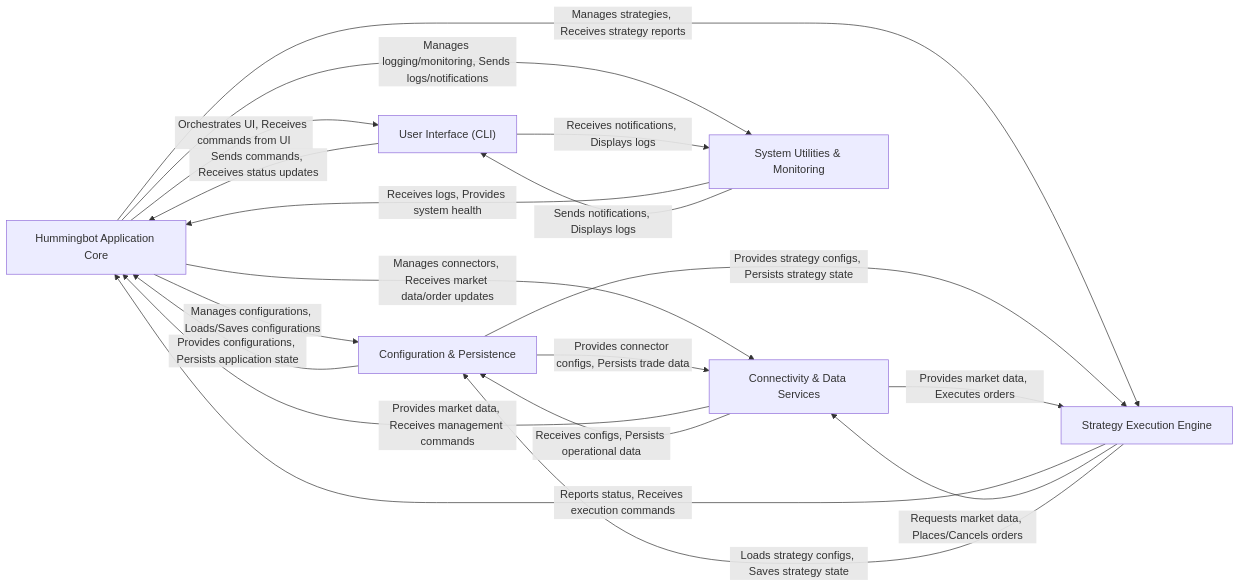
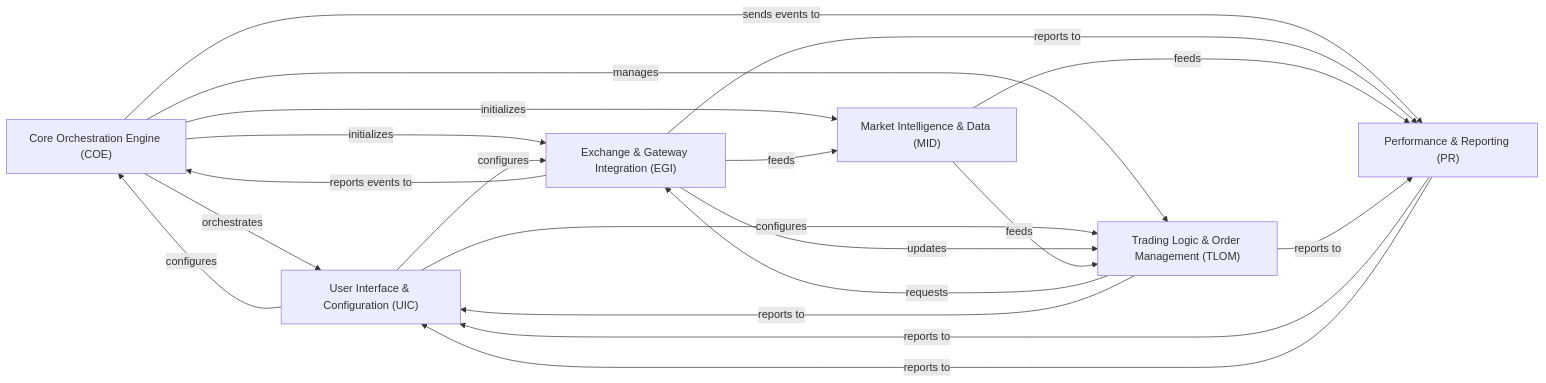
Before and after one commit to CodeBoarding/GeneratedOnBoardings: the diagram in hummingbot/on_boarding.md, drawn with Mermaid. The commit also changed other lines of this file and 10 other files, not shown here.

````diff
--- a/hummingbot/on_boarding.md
+++ b/hummingbot/on_boarding.md
@@ -1,33 +1,32 @@
 ```mermaid
 graph LR
-    Hummingbot_Application_Core["Hummingbot Application Core"]
-    User_Interface_CLI_["User Interface (CLI)"]
-    Configuration_Persistence["Configuration & Persistence"]
-    Connectivity_Data_Services["Connectivity & Data Services"]
-    Strategy_Execution_Engine["Strategy Execution Engine"]
-    System_Utilities_Monitoring["System Utilities & Monitoring"]
-    Hummingbot_Application_Core -- "Orchestrates UI, Receives commands from UI" --> User_Interface_CLI_
-    Hummingbot_Application_Core -- "Manages configurations, Loads/Saves configurations" --> Configuration_Persistence
-    Hummingbot_Application_Core -- "Manages connectors, Receives market data/order updates" --> Connectivity_Data_Services
-    Hummingbot_Application_Core -- "Manages strategies, Receives strategy reports" --> Strategy_Execution_Engine
-    Hummingbot_Application_Core -- "Manages logging/monitoring, Sends logs/notifications" --> System_Utilities_Monitoring
-    User_Interface_CLI_ -- "Sends commands, Receives status updates" --> Hummingbot_Application_Core
-    User_Interface_CLI_ -- "Receives notifications, Displays logs" --> System_Utilities_Monitoring
-    Configuration_Persistence -- "Provides configurations, Persists application state" --> Hummingbot_Application_Core
-    Configuration_Persistence -- "Provides connector configs, Persists trade data" --> Connectivity_Data_Services
-    Configuration_Persistence -- "Provides strategy configs, Persists strategy state" --> Strategy_Execution_Engine
-    Connectivity_Data_Services -- "Provides market data, Receives management commands" --> Hummingbot_Application_Core
-    Connectivity_Data_Services -- "Provides market data, Executes orders" --> Strategy_Execution_Engine
-    Connectivity_Data_Services -- "Receives configs, Persists operational data" --> Configuration_Persistence
-    Strategy_Execution_Engine -- "Reports status, Receives execution commands" --> Hummingbot_Application_Core
-    Strategy_Execution_Engine -- "Requests market data, Places/Cancels orders" --> Connectivity_Data_Services
-    Strategy_Execution_Engine -- "Loads strategy configs, Saves strategy state" --> Configuration_Persistence
-    System_Utilities_Monitoring -- "Receives logs, Provides system health" --> Hummingbot_Application_Core
-    System_Utilities_Monitoring -- "Sends notifications, Displays logs" --> User_Interface_CLI_
-    click Hummingbot_Application_Core href "https://github.com/CodeBoarding/GeneratedOnBoardings/blob/main//hummingbot/Hummingbot_Application_Core.md" "Details"
-    click User_Interface_CLI_ href "https://github.com/CodeBoarding/GeneratedOnBoardings/blob/main//hummingbot/User_Interface_CLI_.md" "Details"
-    click Configuration_Persistence href "https://github.com/CodeBoarding/GeneratedOnBoardings/blob/main//hummingbot/Configuration_Persistence.md" "Details"
-    click Connectivity_Data_Services href "https://github.com/CodeBoarding/GeneratedOnBoardings/blob/main//hummingbot/Connectivity_Data_Services.md" "Details"
-    click Strategy_Execution_Engine href "https://github.com/CodeBoarding/GeneratedOnBoardings/blob/main//hummingbot/Strategy_Execution_Engine.md" "Details"
-    click System_Utilities_Monitoring href "https://github.com/CodeBoarding/GeneratedOnBoardings/blob/main//hummingbot/System_Utilities_Monitoring.md" "Details"
+    Core_Orchestration_Engine_COE_["Core Orchestration Engine (COE)"]
+    User_Interface_Configuration_UIC_["User Interface & Configuration (UIC)"]
+    Exchange_Gateway_Integration_EGI_["Exchange & Gateway Integration (EGI)"]
+    Market_Intelligence_Data_MID_["Market Intelligence & Data (MID)"]
+    Trading_Logic_Order_Management_TLOM_["Trading Logic & Order Management (TLOM)"]
+    Performance_Reporting_PR_["Performance & Reporting (PR)"]
+    Core_Orchestration_Engine_COE_ -- "orchestrates" --> User_Interface_Configuration_UIC_
+    Core_Orchestration_Engine_COE_ -- "initializes" --> Exchange_Gateway_Integration_EGI_
+    Core_Orchestration_Engine_COE_ -- "initializes" --> Market_Intelligence_Data_MID_
+    Core_Orchestration_Engine_COE_ -- "manages" --> Trading_Logic_Order_Management_TLOM_
+    Core_Orchestration_Engine_COE_ -- "sends events to" --> Performance_Reporting_PR_
+    User_Interface_Configuration_UIC_ -- "configures" --> Core_Orchestration_Engine_COE_
+    User_Interface_Configuration_UIC_ -- "configures" --> Exchange_Gateway_Integration_EGI_
+    User_Interface_Configuration_UIC_ -- "configures" --> Trading_Logic_Order_Management_TLOM_
+    Performance_Reporting_PR_ -- "reports to" --> User_Interface_Configuration_UIC_
+    Exchange_Gateway_Integration_EGI_ -- "reports events to" --> Core_Orchestration_Engine_COE_
+    Exchange_Gateway_Integration_EGI_ -- "feeds" --> Market_Intelligence_Data_MID_
+    Exchange_Gateway_Integration_EGI_ -- "updates" --> Trading_Logic_Order_Management_TLOM_
+    Trading_Logic_Order_Management_TLOM_ -- "requests" --> Exchange_Gateway_Integration_EGI_
+    Exchange_Gateway_Integration_EGI_ -- "reports to" --> Performance_Reporting_PR_
+    Market_Intelligence_Data_MID_ -- "feeds" --> Trading_Logic_Order_Management_TLOM_
+    Market_Intelligence_Data_MID_ -- "feeds" --> Performance_Reporting_PR_
+    Trading_Logic_Order_Management_TLOM_ -- "reports to" --> User_Interface_Configuration_UIC_
+    Trading_Logic_Order_Management_TLOM_ -- "reports to" --> Performance_Reporting_PR_
+    Performance_Reporting_PR_ -- "reports to" --> User_Interface_Configuration_UIC_
+    click Core_Orchestration_Engine_COE_ href "https://github.com/CodeBoarding/GeneratedOnBoardings/blob/main/hummingbot/Core_Orchestration_Engine_COE_.md" "Details"
+    click User_Interface_Configuration_UIC_ href "https://github.com/CodeBoarding/GeneratedOnBoardings/blob/main/hummingbot/User_Interface_Configuration_UIC_.md" "Details"
+    click Exchange_Gateway_Integration_EGI_ href "https://github.com/CodeBoarding/GeneratedOnBoardings/blob/main/hummingbot/Exchange_Gateway_Integration_EGI_.md" "Details"
+    click Performance_Reporting_PR_ href "https://github.com/CodeBoarding/GeneratedOnBoardings/blob/main/hummingbot/Performance_Reporting_PR_.md" "Details"
 ```
````
